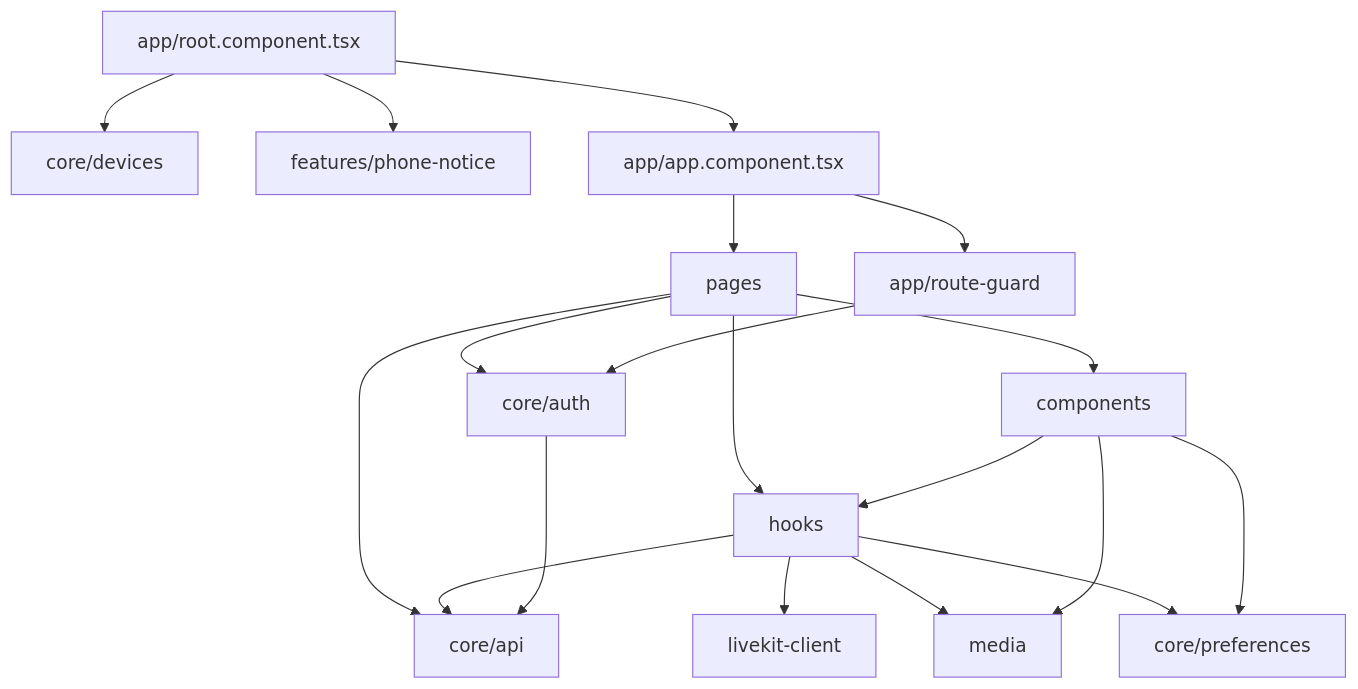
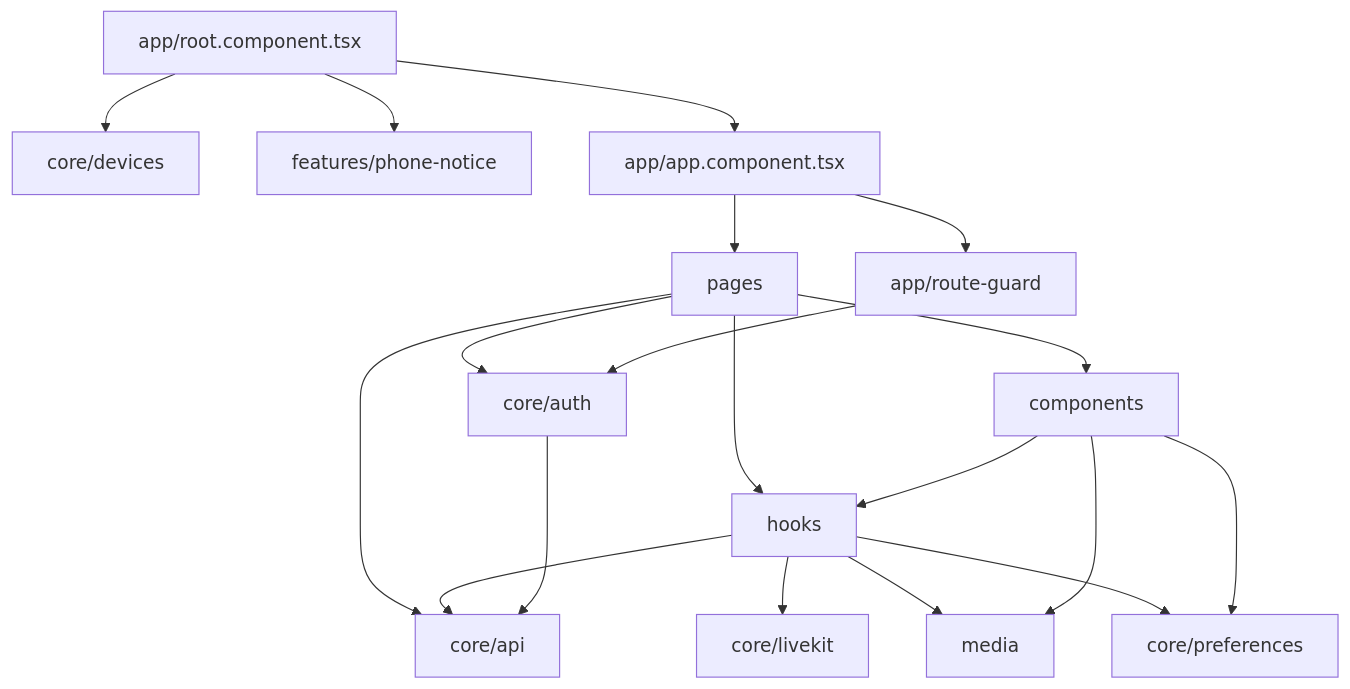
Before and after one commit to Hbrauveres/xove-web: the second of 4 diagrams in docs/architecture.md, drawn with Mermaid. The commit also changed other lines of this file and 79 other files, not shown here.

````diff
--- a/docs/architecture.md
+++ b/docs/architecture.md
@@ -40,21 +42,21 @@
 ```mermaid
 flowchart TD
   P[pages] --> C[components]
   P --> H[hooks]
   P --> A[core/api]
   C --> H
   H --> A
-  H --> LK[livekit-client]
+  H --> LK[core/livekit]
   H --> M[media]
   C --> M
   H --> PR[core/preferences]
   C --> PR
   P --> AU[core/auth]
   AU --> A
   R[app/root.component.tsx] --> D[core/devices]
   R --> N[features/phone-notice]
   R --> APP[app/app.component.tsx]
   APP --> G[app/route-guard]
   G --> AU
   APP --> P
 ```
````
